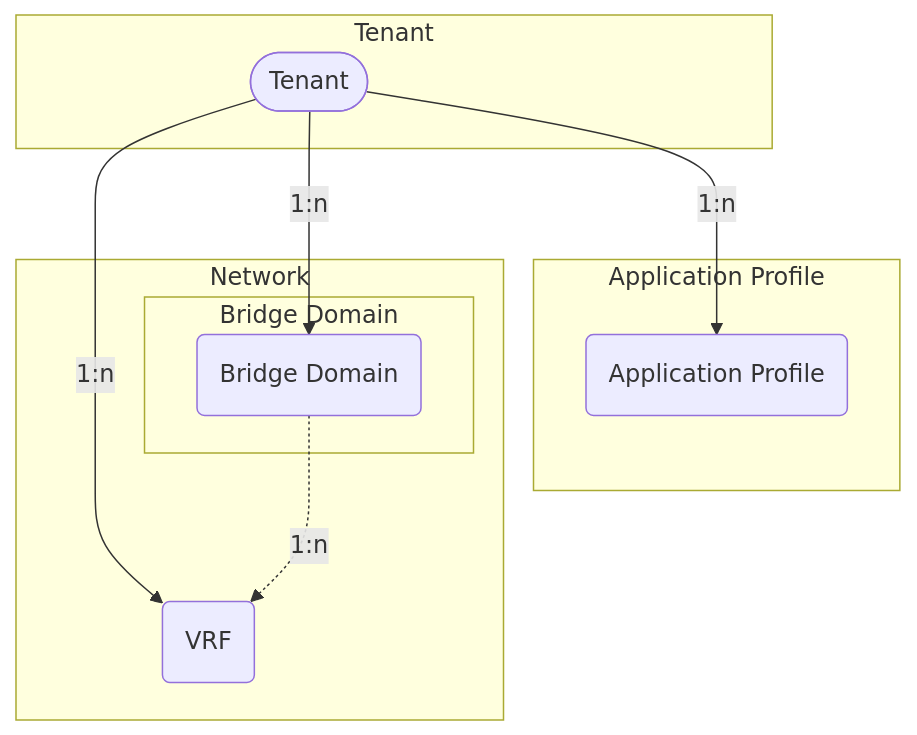
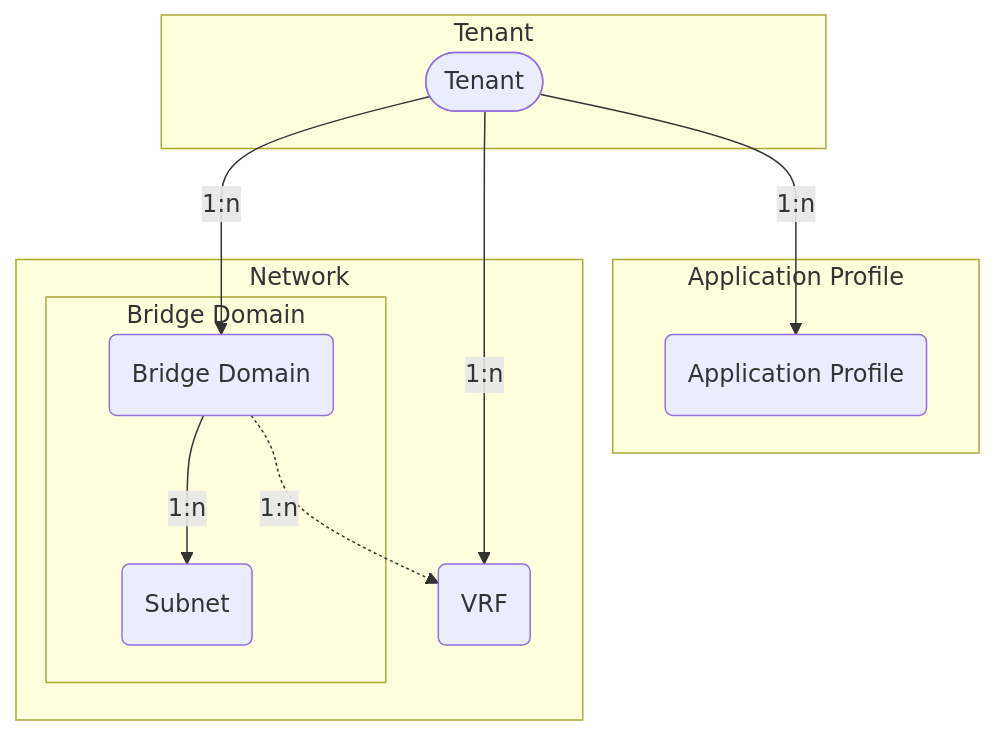
One commit to pheus/netbox-aci-plugin changed the diagram in docs/features/tenants.md. Above: the diagram before and after it, drawn with Mermaid. The commit also changed other lines of this file, not shown here.

Commit message:
docs(bdsubnets): Add ACIBridgeDomainSubnet docs

````diff
--- a/docs/features/tenants.md
+++ b/docs/features/tenants.md
@@ -5,20 +5,22 @@
 ```mermaid
 flowchart TD
     TN([Tenant])
     AP(Application Profile)
     BD(Bridge Domain)
+    SN(Subnet)
     VRF(VRF)
     subgraph graphTN [Tenant]
         TN
     end
     subgraph graphAP [Application Profile]
         TN -->|1:n| AP
     end
     subgraph graphNW [Network]
         TN -->|1:n| VRF
         subgraph graphBD [Bridge Domain]
             TN -->|1:n| BD
+            BD -->|1:n| SN
         end
         BD -.->|1:n| VRF
     end
 ```
````
